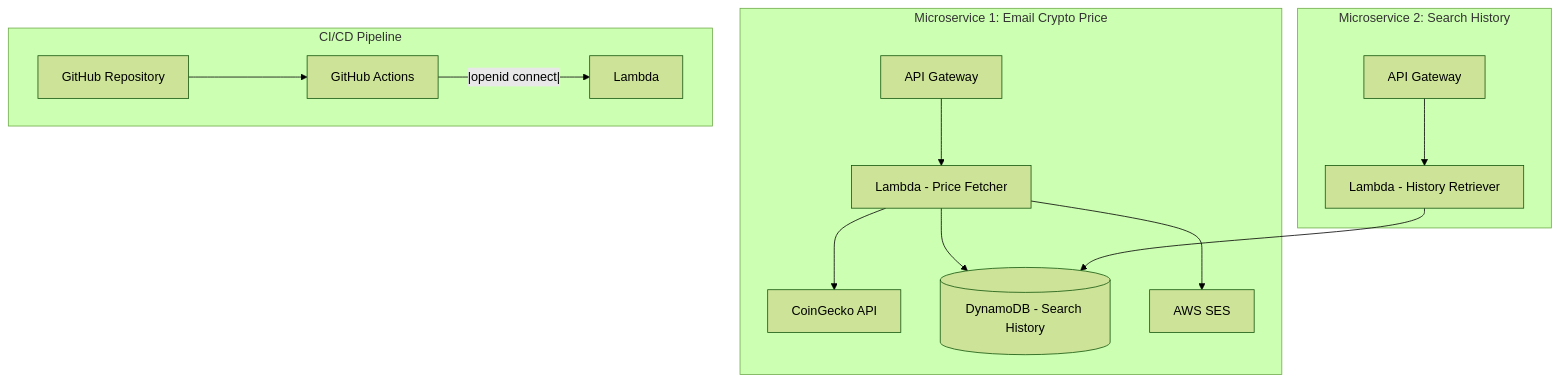
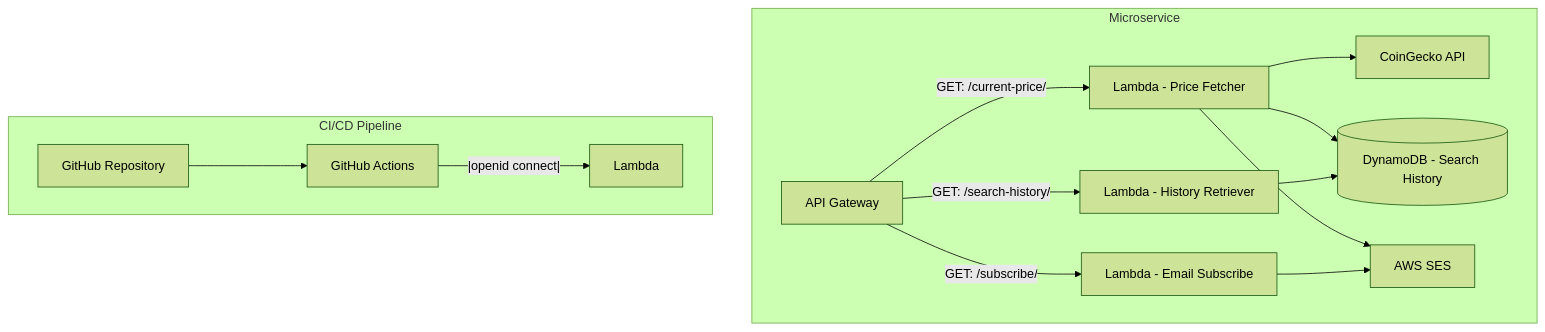
The diagram in README.md (biaoli0/CryptoPriceSystem), drawn with Mermaid (forest theme) before and after one commit.

````diff
--- a/README.md
+++ b/README.md
@@ -15,19 +15,17 @@
 ```mermaid
 flowchart TB
-    subgraph "Microservice 1: Email Crypto Price"
-        A[API Gateway] --> B[Lambda - Price Fetcher]
+    subgraph "Microservice"
+        A[API Gateway] --GET: /current-price/--> B[Lambda - Price Fetcher]
         B --> C[CoinGecko API]
         B --> D[(DynamoDB - Search History)]
         B --> F[AWS SES]
-    end
-
-    subgraph "Microservice 2: Search History"
-        G[API Gateway] --> H[Lambda - History Retriever]
+        A[API Gateway] --GET: /search-history/--> H[Lambda - History Retriever]
         H --> D
+        A[API Gateway] --GET: /subscribe/--> L[Lambda - Email Subscribe] --> F[AWS SES]
     end
 
     subgraph "CI/CD Pipeline"
         I[GitHub Repository] ---> J[GitHub Actions]
         J --|openid connect|--> K[Lambda]
     end
 ```
````
